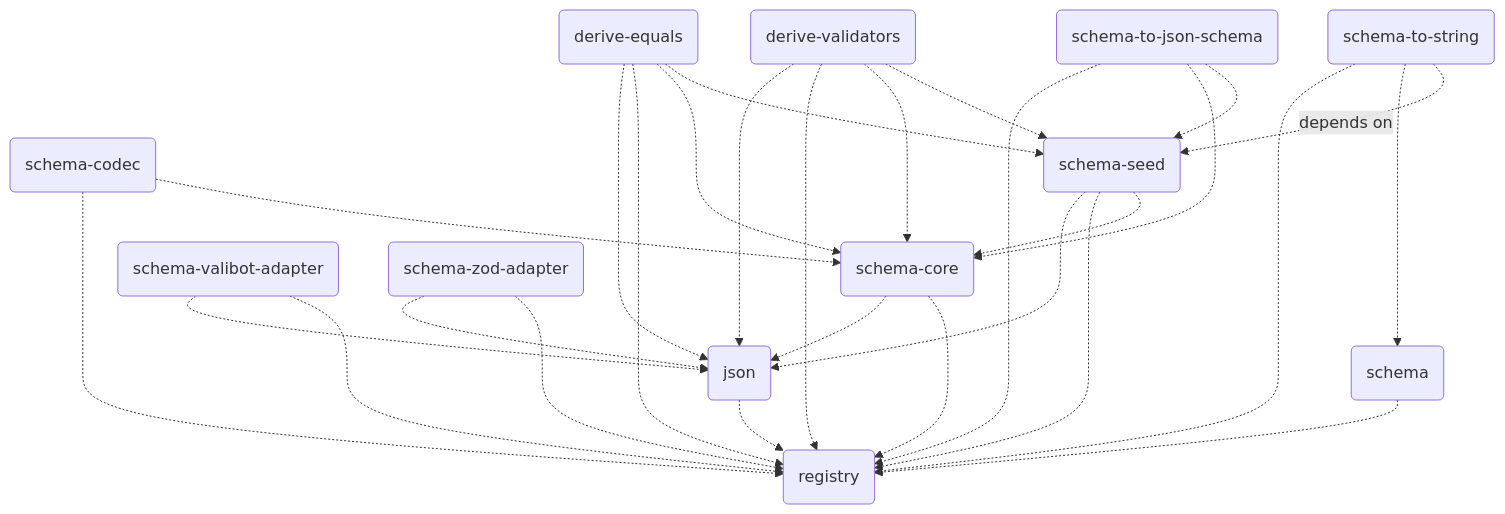
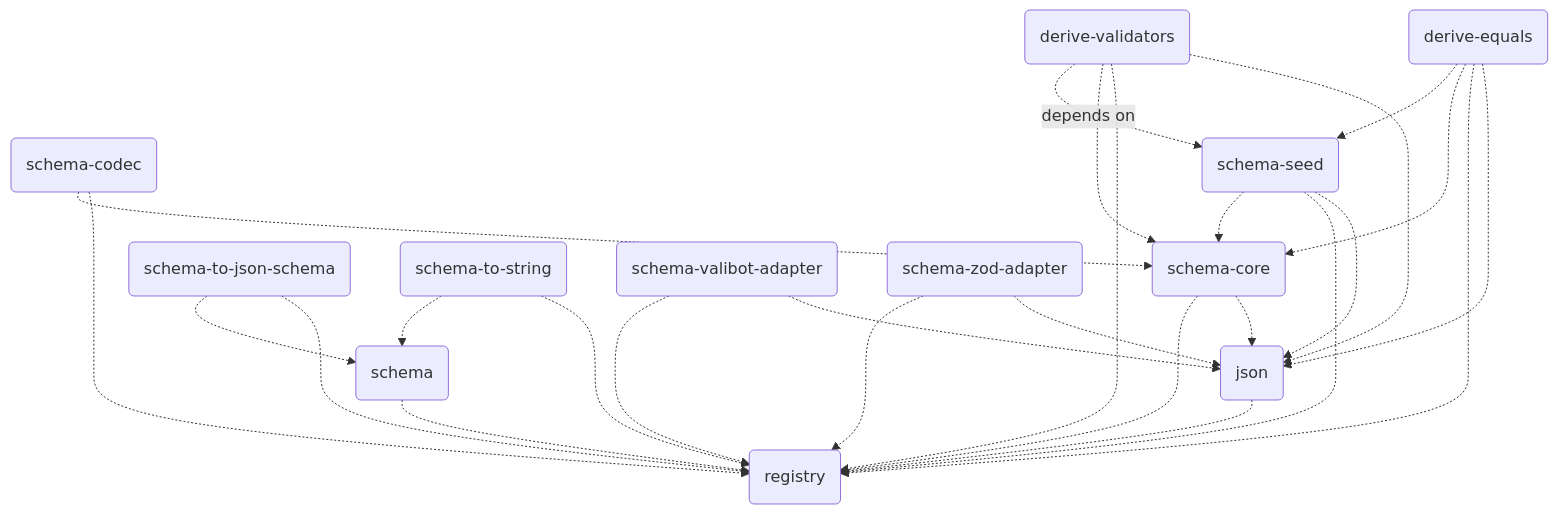
The diagram in README.md (traversable/schema), drawn with Mermaid before and after one commit. The commit also changed 3 other files, not shown here.

Commit message:
chore(schema): removes unused variable, commits autogenerated files

````diff
--- a/README.md
+++ b/README.md
@@ -168,31 +168,29 @@
 ```mermaid
 flowchart TD
     registry(registry)
     json(json) -.-> registry(registry)
     schema(schema) -.-> registry(registry)
     schema-core(schema-core) -.-> json(json)
     schema-core(schema-core) -.-> registry(registry)
+    schema-to-json-schema(schema-to-json-schema) -.-> registry(registry)
+    schema-to-json-schema(schema-to-json-schema) -.-> schema(schema)
+    schema-to-string(schema-to-string) -.-> registry(registry)
+    schema-to-string(schema-to-string) -.-> schema(schema)
     schema-valibot-adapter(schema-valibot-adapter) -.-> json(json)
     schema-valibot-adapter(schema-valibot-adapter) -.-> registry(registry)
     schema-zod-adapter(schema-zod-adapter) -.-> json(json)
     schema-zod-adapter(schema-zod-adapter) -.-> registry(registry)
     schema-codec(schema-codec) -.-> registry(registry)
     schema-codec(schema-codec) -.-> schema-core(schema-core)
     schema-seed(schema-seed) -.-> json(json)
     schema-seed(schema-seed) -.-> registry(registry)
     schema-seed(schema-seed) -.-> schema-core(schema-core)
     derive-equals(derive-equals) -.-> json(json)
     derive-equals(derive-equals) -.-> registry(registry)
     derive-equals(derive-equals) -.-> schema-core(schema-core)
     derive-equals(derive-equals) -.-> schema-seed(schema-seed)
     derive-validators(derive-validators) -.-> json(json)
     derive-validators(derive-validators) -.-> registry(registry)
     derive-validators(derive-validators) -.-> schema-core(schema-core)
-    derive-validators(derive-validators) -.-> schema-seed(schema-seed)
-    schema-to-json-schema(schema-to-json-schema) -.-> registry(registry)
-    schema-to-json-schema(schema-to-json-schema) -.-> schema-core(schema-core)
-    schema-to-json-schema(schema-to-json-schema) -.-> schema-seed(schema-seed)
-    schema-to-string(schema-to-string) -.-> registry(registry)
-    schema-to-string(schema-to-string) -.-> schema(schema)
-    schema-to-string(schema-to-string) -.depends on.-> schema-seed(schema-seed)
+    derive-validators(derive-validators) -.depends on.-> schema-seed(schema-seed)
 ```
````
